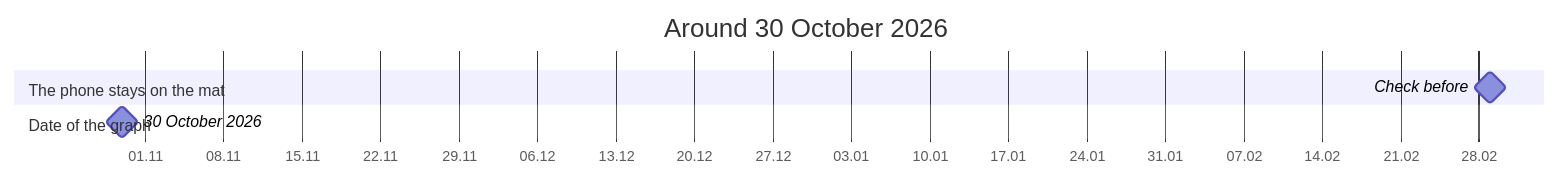
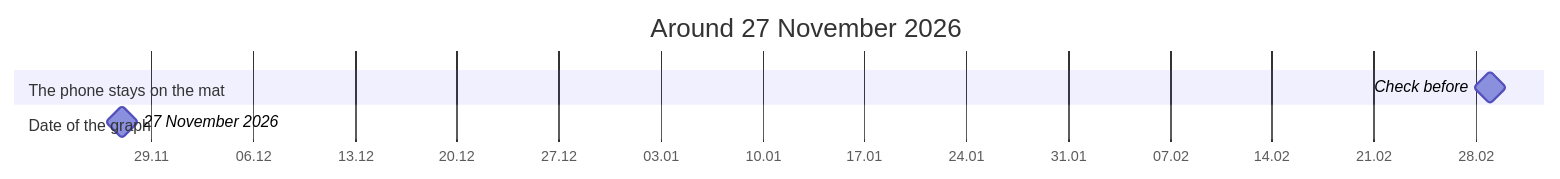
Before and after one commit to advancedcognitivesystems-ai/trame: the diagram in apps/poselia/docs/timeline.md, drawn with Mermaid. The commit also changed other lines of this file and 248 other files, not shown here.

````diff
--- a/apps/poselia/docs/timeline.md
+++ b/apps/poselia/docs/timeline.md
@@ -5,10 +5,10 @@
 ```mermaid
 gantt
   dateFormat YYYY-MM-DD
   axisFormat %d.%m
-  title Around 30 October 2026
+  title Around 27 November 2026
   section The phone stays on the mat
     Check before : milestone, 2027-03-01, 0d
   section Date of the graph
-    30 October 2026 : milestone, 2026-10-30, 0d
+    27 November 2026 : milestone, 2026-11-27, 0d
 ```
````
